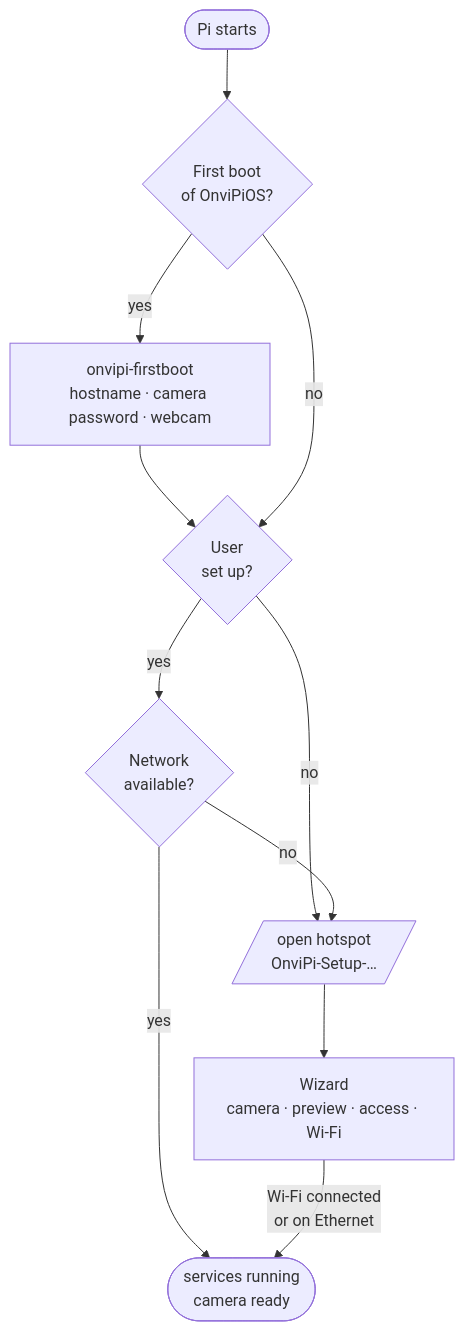
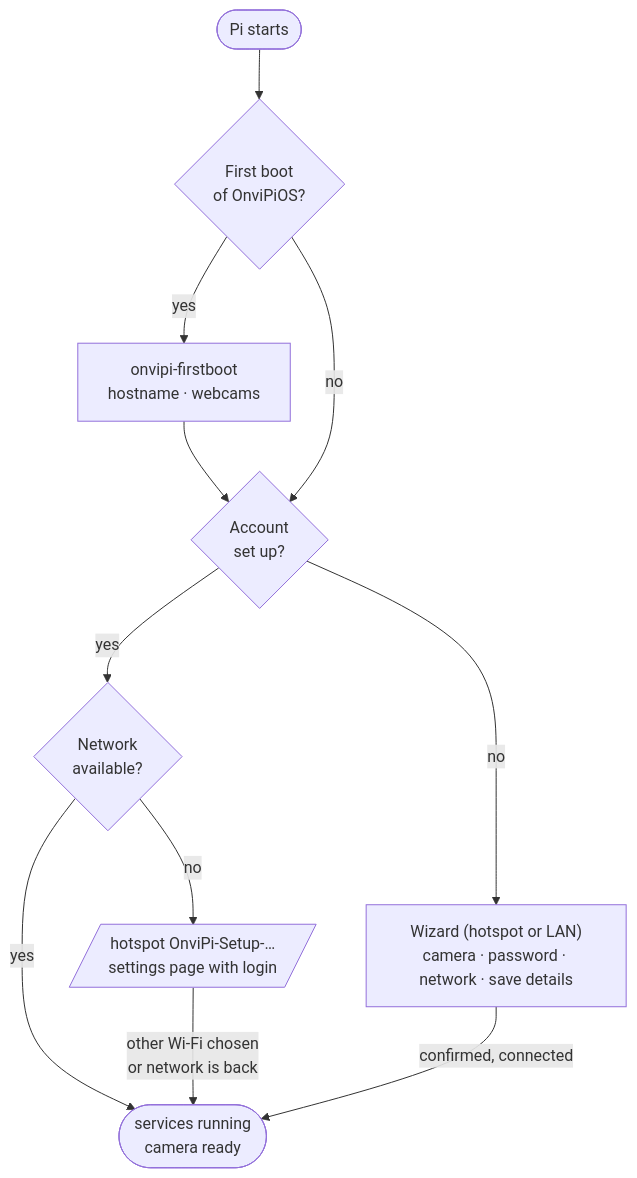
Before and after one commit to GERGto/OnviPi: the second of 3 diagrams in README.md, drawn with Mermaid. The commit also changed other lines of this file and 44 other files, not shown here.

````diff
--- a/README.md
+++ b/README.md
@@ -309,13 +403,13 @@
 ```mermaid
 flowchart TD
   boot([Pi starts]) --> first{"First boot<br/>of OnviPiOS?"}
-  first -->|yes| fb["onvipi-firstboot<br/>hostname · camera password · webcam"]
+  first -->|yes| fb["onvipi-firstboot<br/>hostname · webcams"]
   fb --> user
-  first -->|no| user{"User<br/>set up?"}
-  user -->|no| ap
+  first -->|no| user{"Account<br/>set up?"}
+  user -->|no| wiz["Wizard (hotspot or LAN)<br/>camera · password · network · save details"]
   user -->|yes| net{"Network<br/>available?"}
   net -->|yes| run([services running<br/>camera ready])
-  net -->|no| ap[/"open hotspot<br/>OnviPi-Setup-…"/]
-  ap --> wiz["Wizard<br/>camera · preview · access · Wi-Fi"]
-  wiz -->|Wi-Fi connected<br/>or on Ethernet| run
+  net -->|no| ap[/"hotspot OnviPi-Setup-…<br/>settings page with login"/]
+  ap -->|other Wi-Fi chosen<br/>or network is back| run
+  wiz -->|confirmed, connected| run
 ```
````
